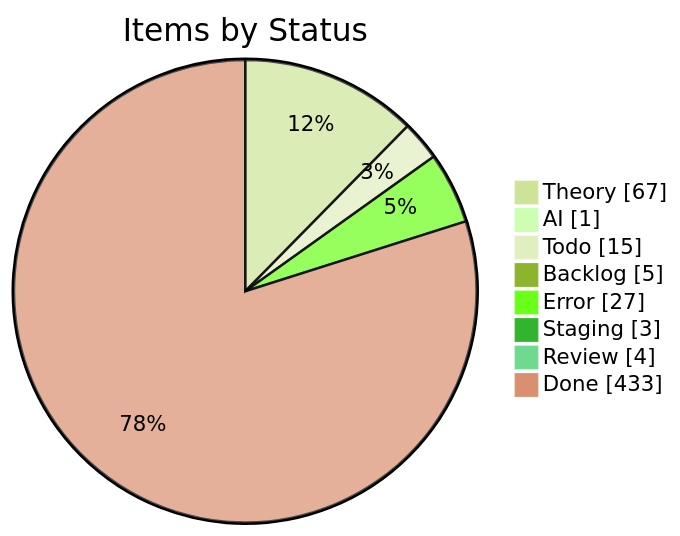
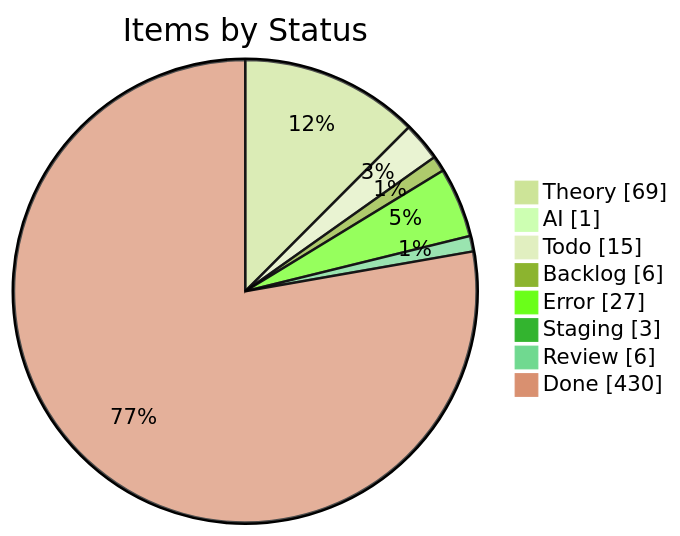
The first of 4 diagrams in apps/kbve/astro-kbve/src/content/docs/dashboard/kanban-data.mdx (KBVE/kbve), drawn with Mermaid (forest theme) before and after one commit. The commit also changed other lines of this file and 8 other files, not shown here.

````diff
--- a/apps/kbve/astro-kbve/src/content/docs/dashboard/kanban-data.mdx
+++ b/apps/kbve/astro-kbve/src/content/docs/dashboard/kanban-data.mdx
@@ -55,12 +55,12 @@
 ```mermaid
 pie showData
     title Items by Status
-    "Theory" : 67
+    "Theory" : 69
     "AI" : 1
     "Todo" : 15
-    "Backlog" : 5
+    "Backlog" : 6
     "Error" : 27
     "Staging" : 3
-    "Review" : 4
-    "Done" : 433
+    "Review" : 6
+    "Done" : 430
 ```
````
